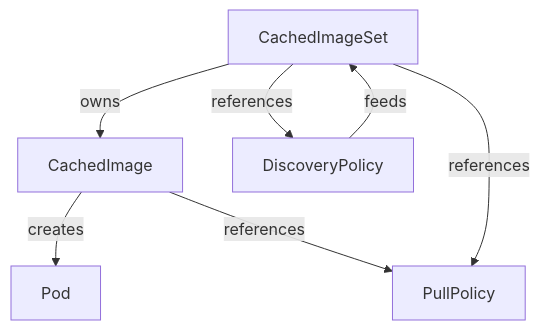
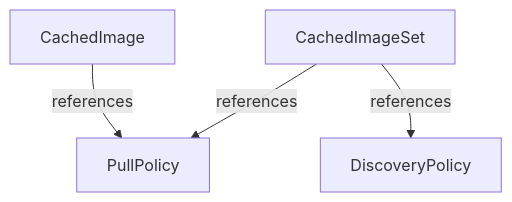
The first of 3 diagrams in docs/content/docs/reference/_generated_architecture.md (corewire/drop), drawn with Mermaid before and after one commit. The commit also changed 40 other files, not shown here.

````diff
--- a/docs/content/docs/reference/_generated_architecture.md
+++ b/docs/content/docs/reference/_generated_architecture.md
@@ -16,9 +16,6 @@
 ```mermaid
 graph TD
-  CachedImageSet -->|owns| CachedImage
-  CachedImage -->|creates| Pod
   CachedImage -->|references| PullPolicy
   CachedImageSet -->|references| PullPolicy
   CachedImageSet -->|references| DiscoveryPolicy
-  DiscoveryPolicy -->|feeds| CachedImageSet
 ```
````
